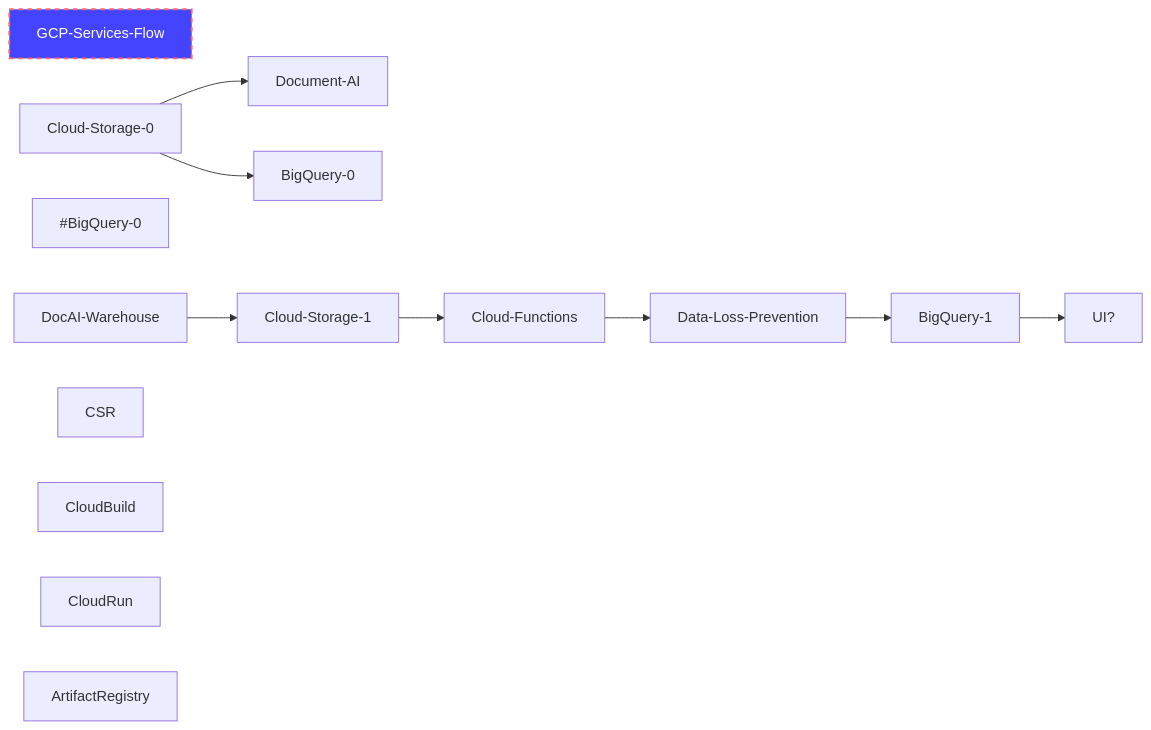
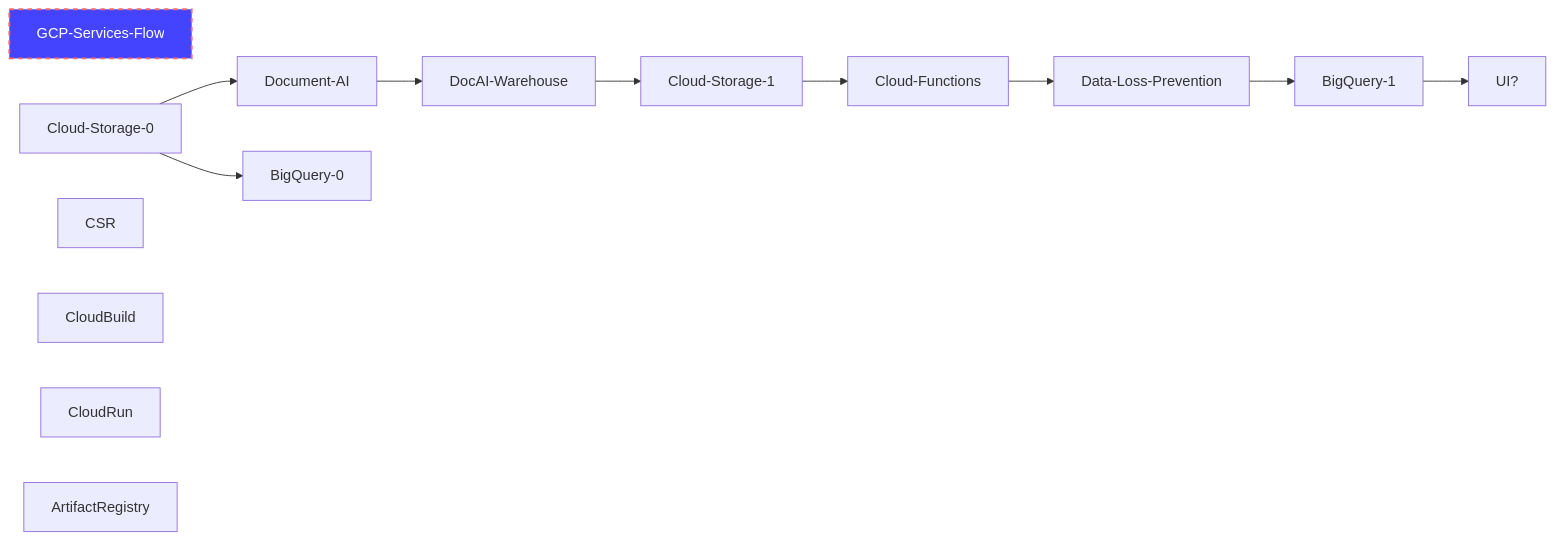
One commit to GoogleCloudPlatform/pubsec-declarative-toolkit changed the diagram in solutions/document-processing/README.md. Above: the diagram before and after it, drawn with Mermaid.

Commit message:
#220 - adjust architecture preflow

````diff
--- a/solutions/document-processing/README.md
+++ b/solutions/document-processing/README.md
@@ -26,20 +26,20 @@
 ```mermaid
 graph LR;
   style GCP-Services-Flow fill:#44f,stroke:#f66,stroke-width:2px,color:#fff,stroke-dasharray: 5 5
   %% mapped and documented
 
-  Cloud-Storage-0 --> Document-AI
+  Cloud-Storage-0-->Document-AI
   Cloud-Storage-0-->BigQuery-0
-  #BigQuery-0
+  Document-AI-->DocAI-Warehouse
   DocAI-Warehouse-->Cloud-Storage-1
   Cloud-Storage-1-->Cloud-Functions
   Cloud-Functions-->Data-Loss-Prevention
   Data-Loss-Prevention-->BigQuery-1
   BigQuery-1-->UI?
   UI?
   CSR
   CloudBuild
   CloudRun
   ArtifactRegistry
   
 ```
````
